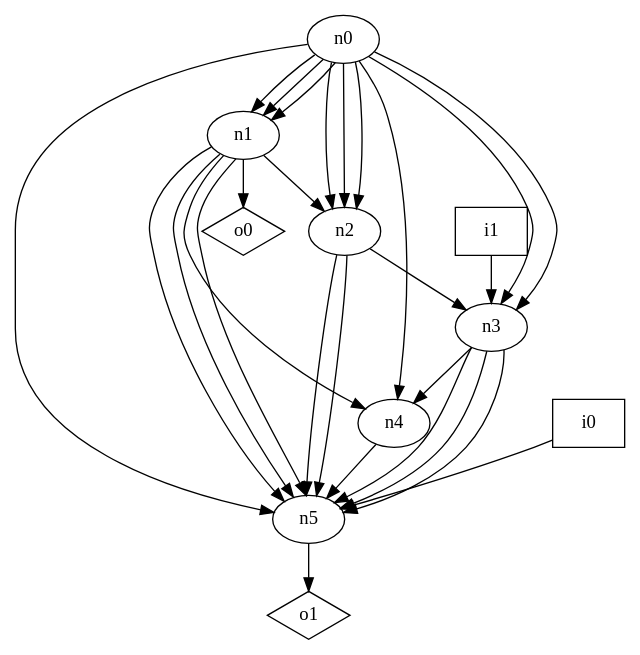
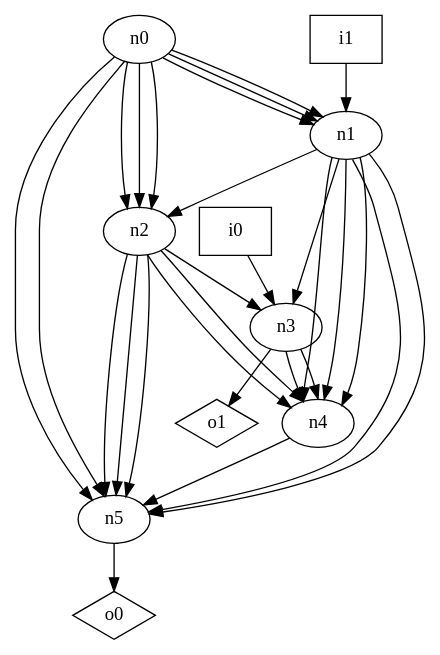
Before and after one commit to p9romain/bool-circuits: the diagram in dot_files/random_graph/DAG_loop_free_graph.dot, drawn with Graphviz. The commit also changed 70 other files, not shown here.

```diff
--- a/dot_files/random_graph/DAG_loop_free_graph.dot
+++ b/dot_files/random_graph/DAG_loop_free_graph.dot
@@ -1,39 +1,40 @@
 digraph G {
 n0 [label="n0"];
 n1 [label="n1"];
 n2 [label="n2"];
 n3 [label="n3"];
 n4 [label="n4"];
 n5 [label="n5"];
 n6 [label="i0",shape="box"];
 n7 [label="i1",shape="box"];
 n8 [label="o0",shape="diamond"];
 n9 [label="o1",shape="diamond"];
 n0 -> n1
 n0 -> n1
 n0 -> n1
 n0 -> n2
 n0 -> n2
 n0 -> n2
-n0 -> n3
-n0 -> n3
-n0 -> n4
+n0 -> n5
 n0 -> n5
 n1 -> n2
+n1 -> n3
+n1 -> n4
+n1 -> n4
 n1 -> n4
 n1 -> n5
 n1 -> n5
-n1 -> n5
-n1 -> n8
 n2 -> n3
+n2 -> n4
+n2 -> n4
+n2 -> n5
 n2 -> n5
 n2 -> n5
 n3 -> n4
-n3 -> n5
-n3 -> n5
-n3 -> n5
+n3 -> n4
+n3 -> n9
 n4 -> n5
-n5 -> n9
-n6 -> n5
-n7 -> n3
+n5 -> n8
+n6 -> n3
+n7 -> n1
 }
```
